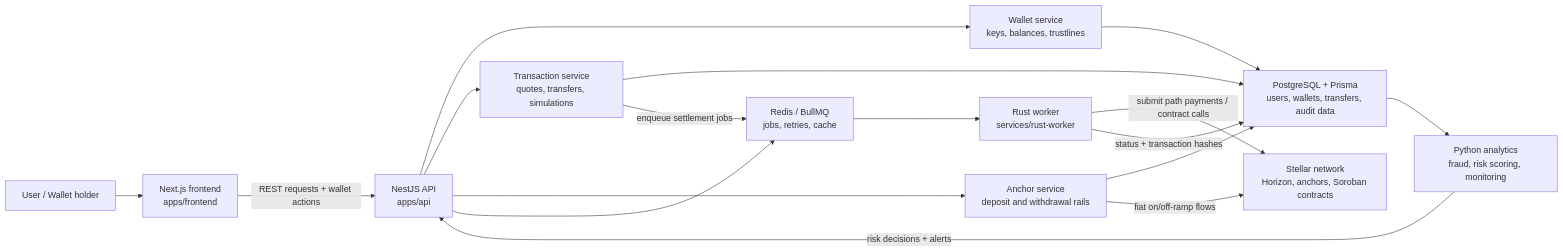
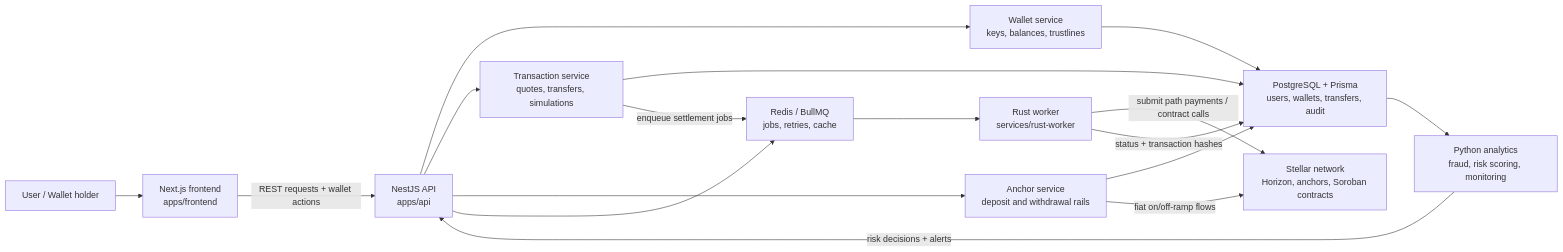
One commit to Afro-Pay/AfroPay-Stellar changed the diagram in README.md. Above: the diagram before and after it, drawn with Mermaid. The commit also changed other lines of this file, not shown here.

Commit message:
docs: improve README with badges, feature matrix, and roadmap

````diff
--- a/README.md
+++ b/README.md
@@ -56,31 +120,31 @@
 ```mermaid
 flowchart LR
   user["User / Wallet holder"]
   frontend["Next.js frontend\napps/frontend"]
   api["NestJS API\napps/api"]
   wallet["Wallet service\nkeys, balances, trustlines"]
   tx["Transaction service\nquotes, transfers, simulations"]
   anchor["Anchor service\ndeposit and withdrawal rails"]
   redis["Redis / BullMQ\njobs, retries, cache"]
-  postgres["PostgreSQL + Prisma\nusers, wallets, transfers, audit data"]
+  postgres["PostgreSQL + Prisma\nusers, wallets, transfers, audit"]
   rust["Rust worker\nservices/rust-worker"]
   python["Python analytics\nfraud, risk scoring, monitoring"]
   stellar["Stellar network\nHorizon, anchors, Soroban contracts"]
-
+ 
   user --> frontend
   frontend -->|"REST requests + wallet actions"| api
   api --> wallet
   api --> tx
   api --> anchor
   wallet --> postgres
   tx --> postgres
   anchor --> postgres
   api --> redis
   tx -->|"enqueue settlement jobs"| redis
   redis --> rust
   rust -->|"submit path payments / contract calls"| stellar
   rust -->|"status + transaction hashes"| postgres
   postgres --> python
   python -->|"risk decisions + alerts"| api
   anchor -->|"fiat on/off-ramp flows"| stellar
 ```
````
